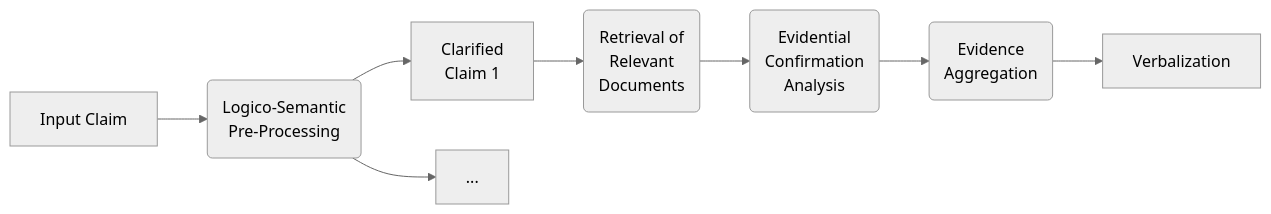
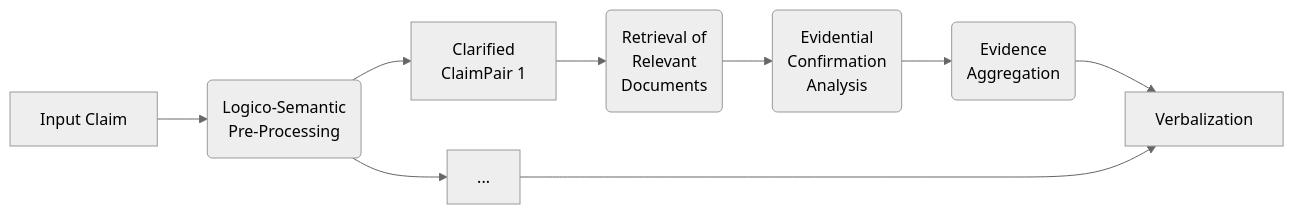
Before and after one commit to debatelab/evidence-seeker: the first of 2 diagrams in README.md, drawn with Mermaid (neutral theme). The commit also changed other lines of this file, not shown here.

Commit message:
Extend README.md to include basic usage, credits, sponsoring etc

````diff
--- a/README.md
+++ b/README.md
@@ -13,10 +153,11 @@
 ```mermaid
 graph LR;
     IC[Input Claim] --> LSP(Logico-Semantic<br/>Pre-Processing);
-    LSP --> C1[Clarified<br/>Claim 1];
+    LSP --> C1[Clarified<br/>ClaimPair 1];
     LSP --> etc[...];
     C1 --> ER(Retrieval of<br/>Relevant<br/>Documents);
     ER --> ECA(Evidential<br/>Confirmation<br/>Analysis);
     ECA --> EA(Evidence<br/>Aggregation);
     EA --> Verbalization;
+    etc -----> Verbalization
 ```
````
